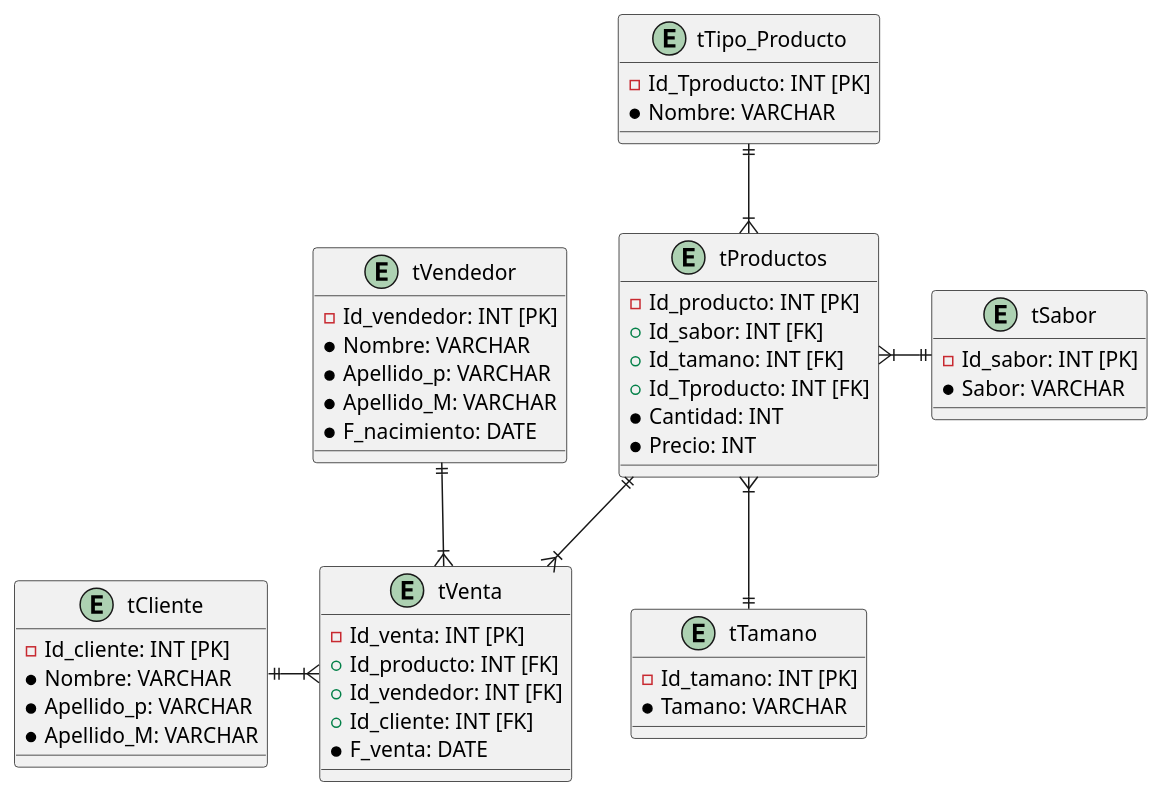
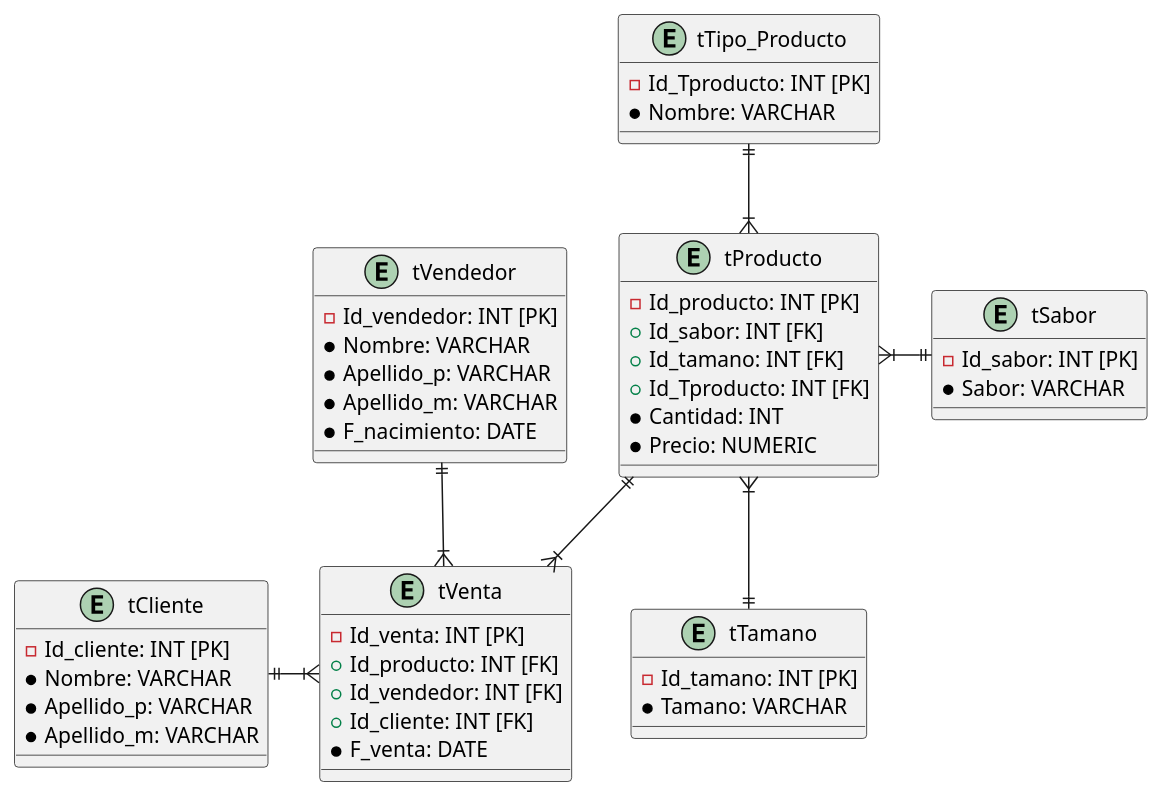
One commit to pacoRH123/5to-Semestre changed the diagram in diseño DBpaletería.md. Above: the diagram before and after it, drawn with PlantUML.

Commit message:
Update diseño DBpaletería.md

```diff
--- a/diseño DBpaletería.md
+++ b/diseño DBpaletería.md
@@ -1,58 +1,58 @@
 @startuml
 
-entity "tProductos" {
+entity "tProducto" {
   -Id_producto: INT [PK]
   +Id_sabor: INT [FK]
   +Id_tamano: INT [FK]
   +Id_Tproducto: INT [FK]
   *Cantidad: INT
-  *Precio: INT
+  *Precio: NUMERIC
 }
 
 entity "tTipo_Producto" {
   -Id_Tproducto: INT [PK]
   *Nombre: VARCHAR 
 }
 
 entity "tSabor" {
   -Id_sabor: INT [PK]
   *Sabor: VARCHAR
 }
 
 
 entity "tTamano" {
   -Id_tamano: INT [PK]
   *Tamano: VARCHAR
 }
 
 entity "tVenta" {
   -Id_venta: INT [PK]
   +Id_producto: INT [FK]
   +Id_vendedor: INT [FK]
   +Id_cliente: INT [FK]
   *F_venta: DATE
 }
 
 
 entity "tVendedor" {
   -Id_vendedor: INT [PK]
   *Nombre: VARCHAR
   *Apellido_p: VARCHAR
-  *Apellido_M: VARCHAR
+  *Apellido_m: VARCHAR
   *F_nacimiento: DATE
 }
 
 entity "tCliente" {
   -Id_cliente: INT [PK]
   *Nombre: VARCHAR
   *Apellido_p: VARCHAR
-  *Apellido_M: VARCHAR
+  *Apellido_m: VARCHAR
 }
 
 tVendedor ||--|{ tVenta 
-tProductos}|-||tSabor
-tProductos}|--||tTamano
-tTipo_Producto||--|{tProductos
-tProductos||--|{tVenta
+tProducto}|-||tSabor
+tProducto}|--||tTamano
+tTipo_Producto||--|{tProducto
+tProducto||--|{tVenta
 tCliente||-|{tVenta
 @enduml
```
